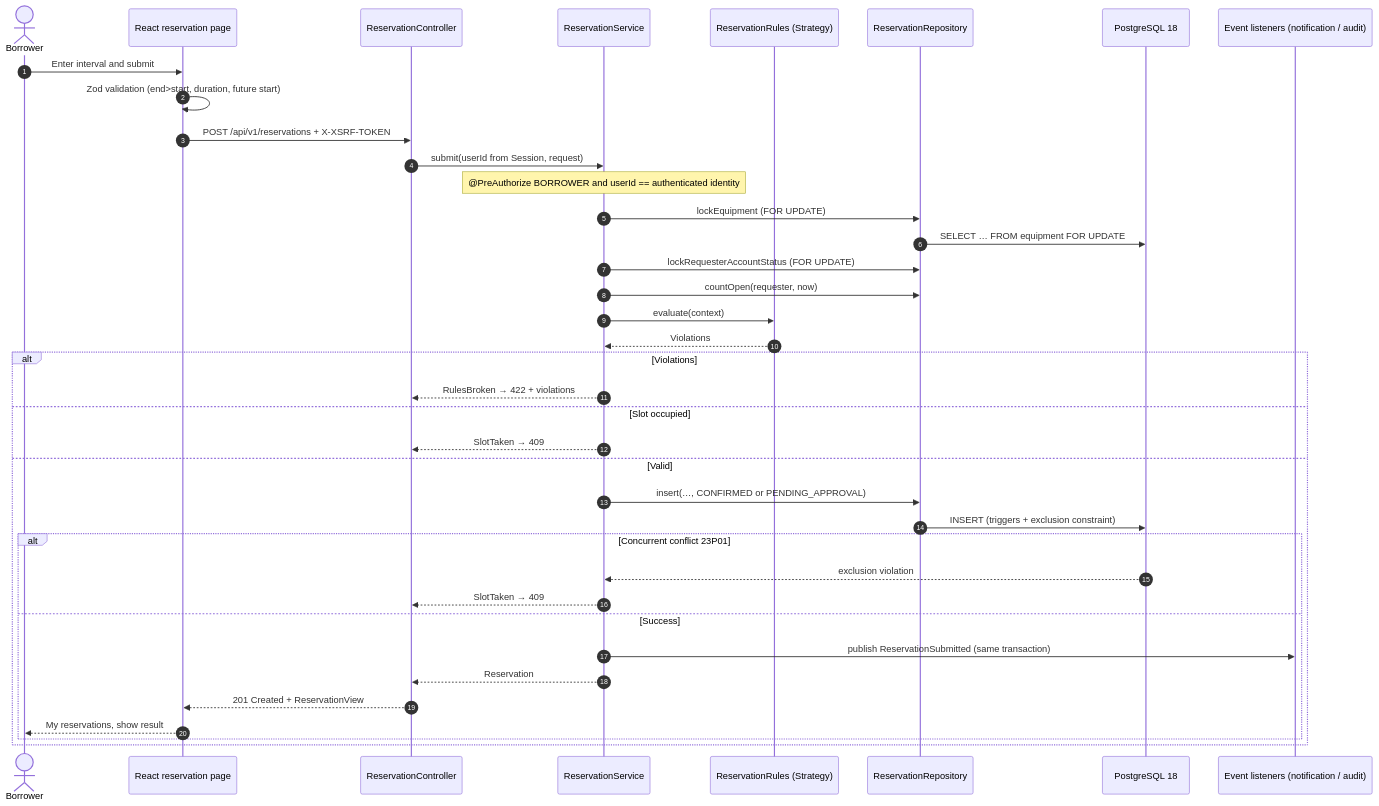
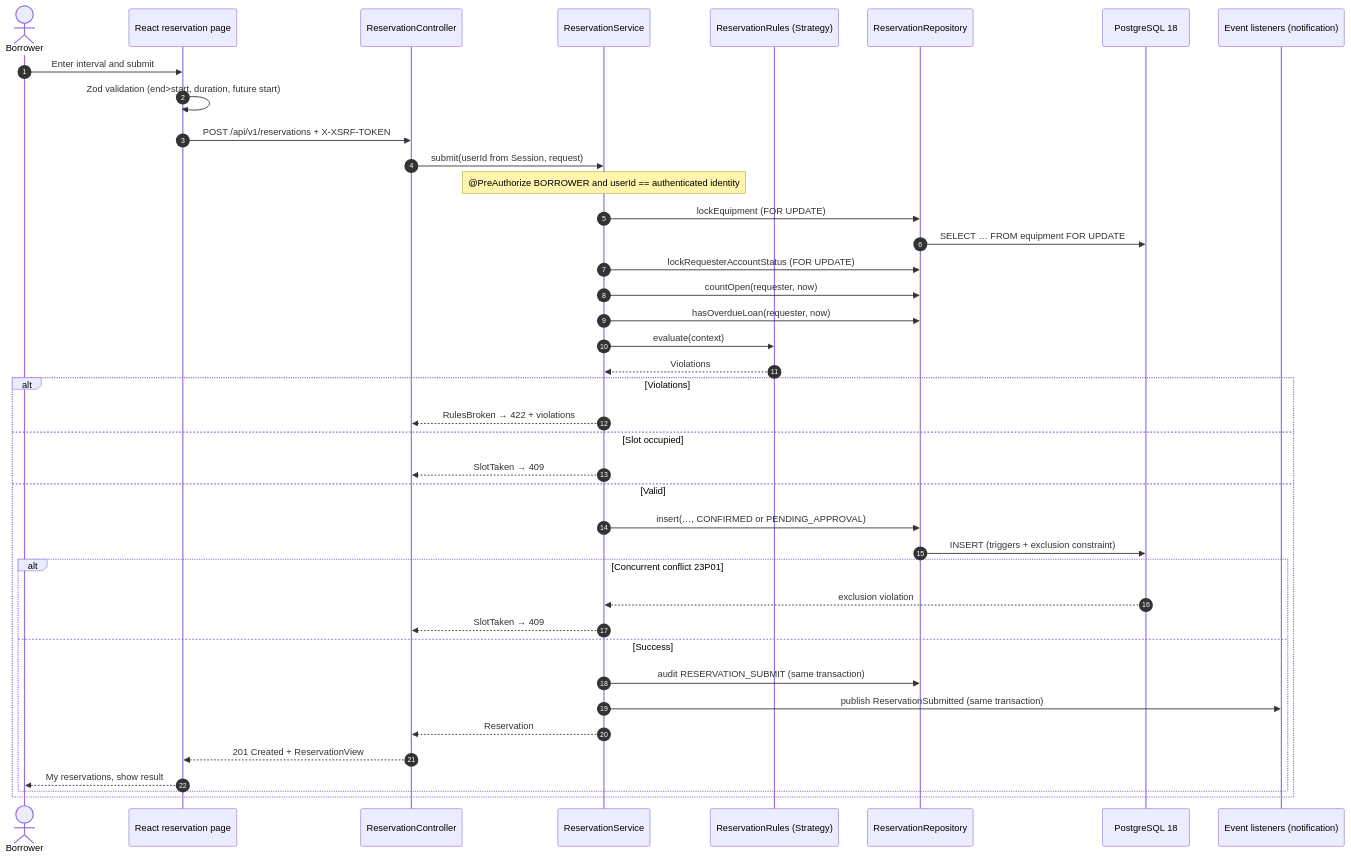
The diagram in docs/diagrams/uc01-sequence.mmd (YukiOvOb/AGFP), drawn with Mermaid before and after one commit. The commit also changed 17 other files, not shown here.

```diff
--- a/docs/diagrams/uc01-sequence.mmd
+++ b/docs/diagrams/uc01-sequence.mmd
@@ -1,39 +1,41 @@
 %% UC01 Reservation Submission — Sequence Diagram
 sequenceDiagram
   autonumber
   actor B as Borrower
   participant W as React reservation page
   participant C as ReservationController
   participant S as ReservationService
   participant P as ReservationRules (Strategy)
   participant R as ReservationRepository
   participant D as PostgreSQL 18
-  participant E as Event listeners (notification / audit)
+  participant E as Event listeners (notification)
   B->>W: Enter interval and submit
   W->>W: Zod validation (end>start, duration, future start)
   W->>C: POST /api/v1/reservations + X-XSRF-TOKEN
   C->>S: submit(userId from Session, request)
   Note over S: @PreAuthorize BORROWER and userId == authenticated identity
   S->>R: lockEquipment (FOR UPDATE)
   R->>D: SELECT … FROM equipment FOR UPDATE
   S->>R: lockRequesterAccountStatus (FOR UPDATE)
   S->>R: countOpen(requester, now)
+  S->>R: hasOverdueLoan(requester, now)
   S->>P: evaluate(context)
   P-->>S: Violations
   alt Violations
     S-->>C: RulesBroken → 422 + violations
   else Slot occupied
     S-->>C: SlotTaken → 409
   else Valid
     S->>R: insert(…, CONFIRMED or PENDING_APPROVAL)
     R->>D: INSERT (triggers + exclusion constraint)
     alt Concurrent conflict 23P01
       D-->>S: exclusion violation
       S-->>C: SlotTaken → 409
     else Success
+      S->>R: audit RESERVATION_SUBMIT (same transaction)
       S->>E: publish ReservationSubmitted (same transaction)
       S-->>C: Reservation
       C-->>W: 201 Created + ReservationView
       W-->>B: My reservations, show result
     end
   end
```
